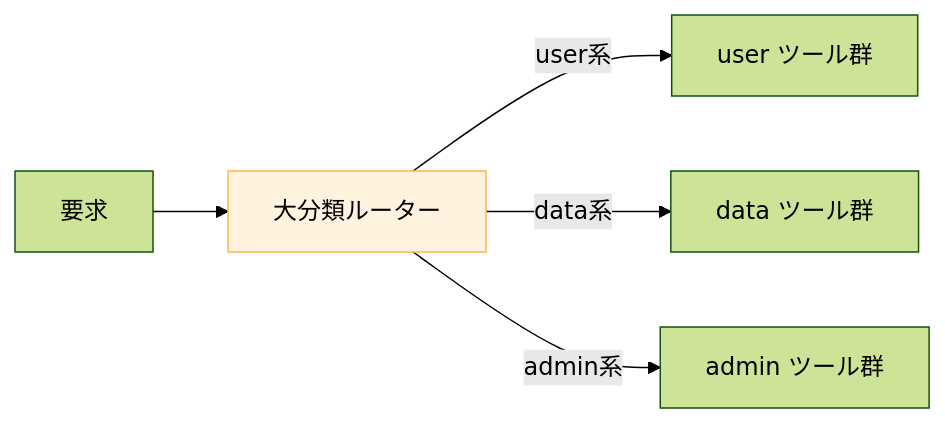
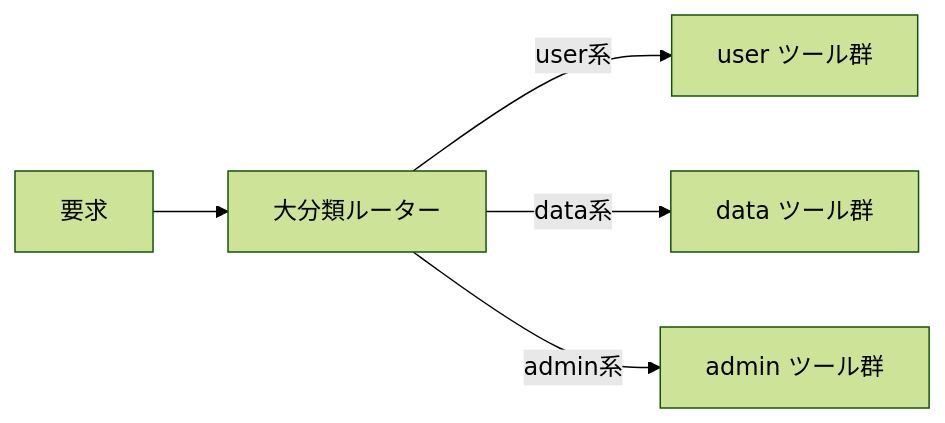
Before and after one commit to dinekt/dinekt-wiki: the second of 3 diagrams in docs/patterns/ツール実行の-5-つの失敗モード.md, drawn with Mermaid (forest theme). The commit also changed other lines of this file and 70 other files, not shown here.

First line of the commit message:
fix(mermaid): strip all inline styling, rely on theme

````diff
--- a/docs/patterns/ツール実行の-5-つの失敗モード.md
+++ b/docs/patterns/ツール実行の-5-つの失敗モード.md
@@ -47,9 +47,8 @@
 ```mermaid
 flowchart LR
     Q[要求] --> R1[大分類ルーター]
     R1 -->|user系| T1[user ツール群]
     R1 -->|data系| T2[data ツール群]
     R1 -->|admin系| T3[admin ツール群]
 
-    style R1 fill:#fff3e0,stroke:#ffb74d,color:#000
 ```
````
